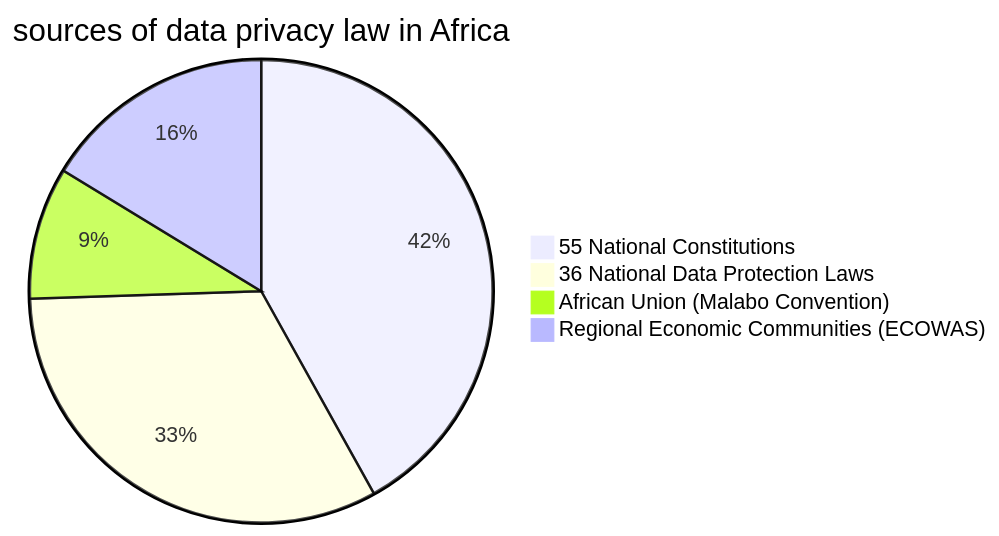
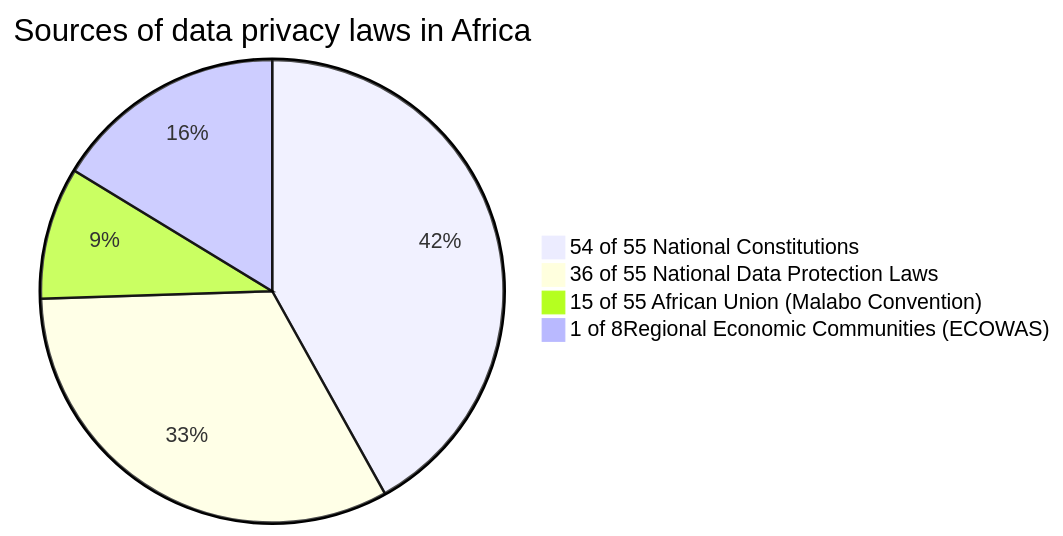
Before and after one commit to aovabo/blogger: the diagram in testdata/posts/first.md, drawn with Mermaid.

````diff
--- a/testdata/posts/first.md
+++ b/testdata/posts/first.md
@@ -8,8 +8,8 @@
 ```mermaid
 pie
-    title sources of data privacy law in Africa
-    "55 National Constitutions" : 386
-    "36 National Data Protection Laws" : 300
-    "African Union (Malabo Convention) " : 85
-    "Regional Economic Communities (ECOWAS)" : 150 
+    title Sources of data privacy laws in Africa
+    "54 of 55 National Constitutions" : 386
+    "36 of 55 National Data Protection Laws" : 300
+    "15 of 55 African Union (Malabo Convention) " : 85
+    "1 of 8Regional Economic Communities (ECOWAS)" : 150 
 ```
````
